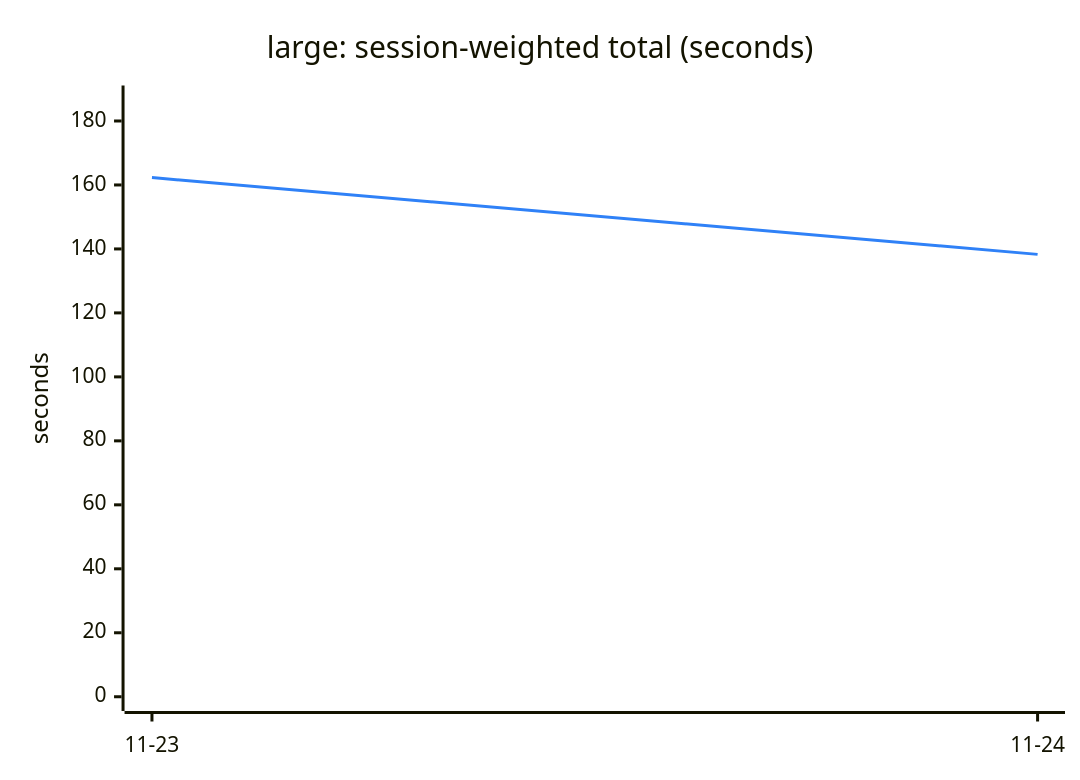
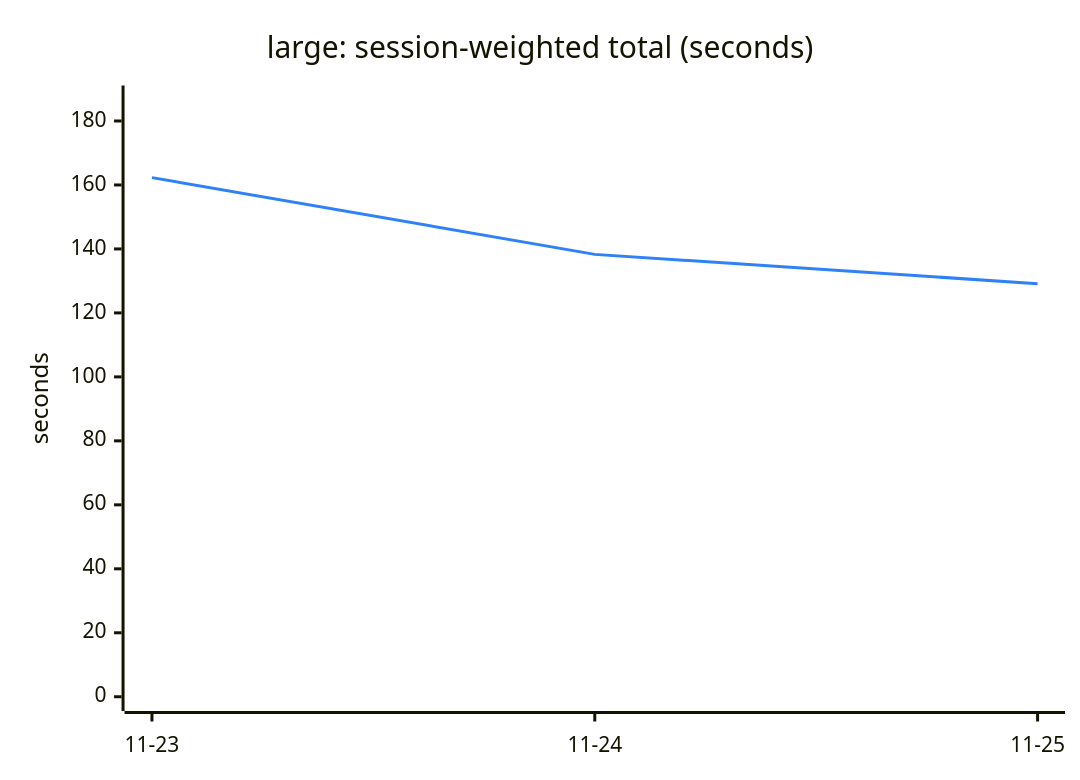
One commit to engalar/mxcli changed the second of 6 diagrams in TREND.md. Above: the diagram before and after it, drawn with Mermaid. The commit also changed other lines of this file and 2 other files, not shown here.

````diff
--- a/TREND.md
+++ b/TREND.md
@@ -48,13 +48,13 @@
 ```mermaid
 ---
 config:
   themeVariables:
     xyChart:
       plotColorPalette: "#2f81f7"
 ---
 xychart-beta
     title "large: session-weighted total (seconds)"
-    x-axis ["11-23", "11-24"]
+    x-axis ["11-23", "11-24", "11-25"]
     y-axis "seconds" 0 --> 186.64
-    line [162.30, 138.30]
+    line [162.30, 138.30, 129.15]
 ```
````
